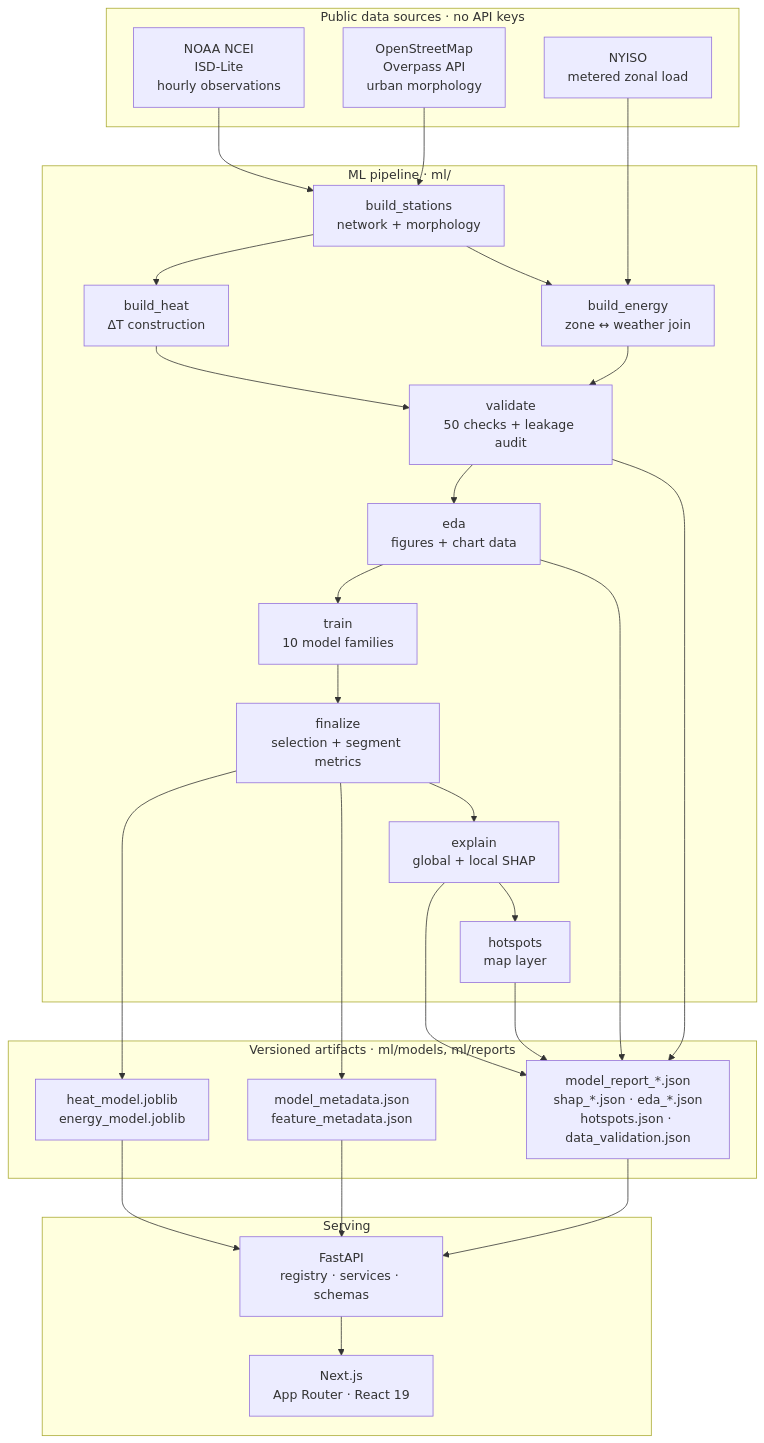
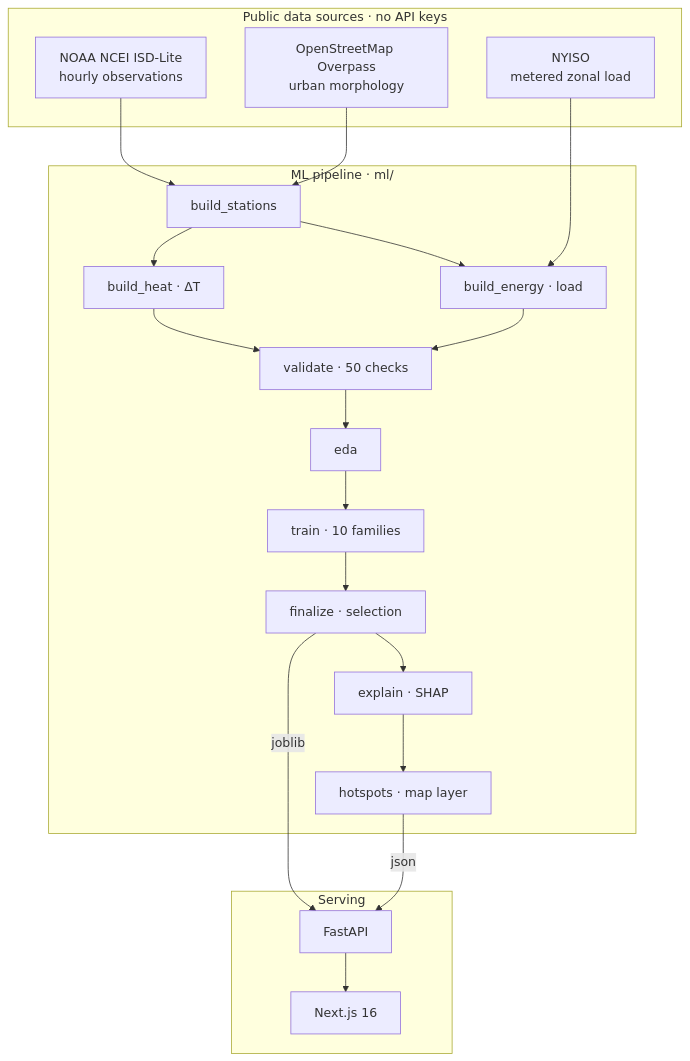
Before and after one commit to aryan45sandilya/Urban-Heat-Energy-Intelligence-Engine: the first of 2 diagrams in README.md, drawn with Mermaid. The commit also changed other lines of this file, not shown here.

Commit message:
Initial commit: UHEI full stack — Next.js frontend, FastAPI backend, trained models

````diff
--- a/README.md
+++ b/README.md
@@ -125,49 +41,30 @@
 ```mermaid
 flowchart TB
     subgraph sources["Public data sources · no API keys"]
-        ISD["NOAA NCEI<br/>ISD-Lite<br/>hourly observations"]
-        OSM["OpenStreetMap<br/>Overpass API<br/>urban morphology"]
+        ISD["NOAA NCEI ISD-Lite<br/>hourly observations"]
+        OSM["OpenStreetMap Overpass<br/>urban morphology"]
         NYISO["NYISO<br/>metered zonal load"]
     end
 
     subgraph pipeline["ML pipeline · ml/"]
-        NET["build_stations<br/>network + morphology"]
-        HEAT["build_heat<br/>ΔT construction"]
-        ENERGY["build_energy<br/>zone ↔ weather join"]
-        VAL["validate<br/>50 checks + leakage audit"]
-        EDA["eda<br/>figures + chart data"]
-        TRAIN["train<br/>10 model families"]
-        FIN["finalize<br/>selection + segment metrics"]
-        SHAP["explain<br/>global + local SHAP"]
-        GEO["hotspots<br/>map layer"]
-    end
-
-    subgraph artifacts["Versioned artifacts · ml/models, ml/reports"]
-        MODEL["heat_model.joblib<br/>energy_model.joblib"]
-        META["model_metadata.json<br/>feature_metadata.json"]
-        REPORTS["model_report_*.json<br/>shap_*.json · eda_*.json<br/>hotspots.json · data_validation.json"]
+        NET["build_stations"] --> HEAT["build_heat · ΔT"]
+        NET --> ENERGY["build_energy · load"]
+        HEAT --> VAL["validate · 50 checks"]
+        ENERGY --> VAL
+        VAL --> EDA["eda"] --> TRAIN["train · 10 families"]
+        TRAIN --> FIN["finalize · selection"]
+        FIN --> SHAP["explain · SHAP"]
+        SHAP --> GEO["hotspots · map layer"]
     end
 
     subgraph serving["Serving"]
-        API["FastAPI<br/>registry · services · schemas"]
-        WEB["Next.js<br/>App Router · React 19"]
+        API["FastAPI"]
+        WEB["Next.js 16"]
     end
 
-    ISD --> NET
-    OSM --> NET
-    NET --> HEAT
-    NET --> ENERGY
+    ISD & OSM --> NET
     NYISO --> ENERGY
-    HEAT --> VAL --> EDA --> TRAIN --> FIN --> SHAP --> GEO
-    ENERGY --> VAL
-    FIN --> MODEL
-    FIN --> META
-    SHAP --> REPORTS
-    GEO --> REPORTS
-    EDA --> REPORTS
-    VAL --> REPORTS
-    MODEL --> API
-    META --> API
-    REPORTS --> API
+    FIN --> |joblib| API
+    GEO --> |json| API
     API --> WEB
 ```
````
